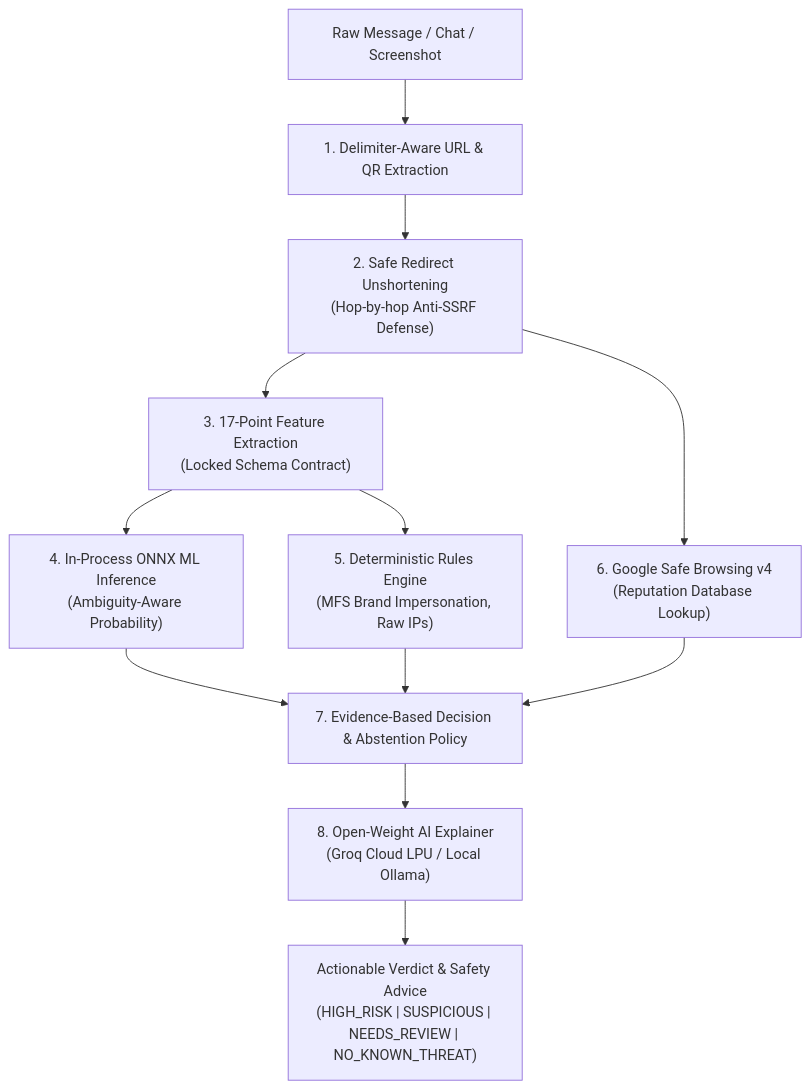
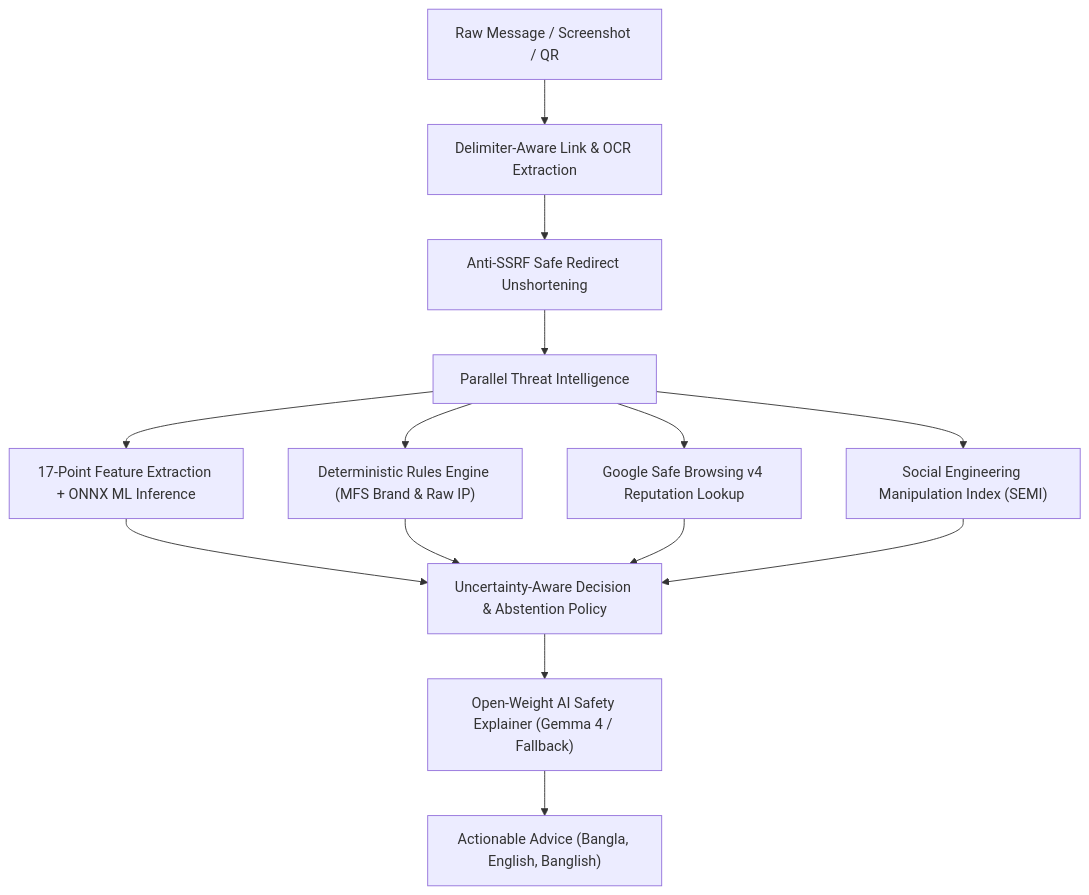
One commit to Pranto210102/friend-shield changed the diagram in README.md. Above: the diagram before and after it, drawn with Mermaid. The commit also changed other lines of this file and 6 other files, not shown here.

Commit message:
feat: implement progressive safety architecture and async Gemma 4 explanation

````diff
--- a/README.md
+++ b/README.md
@@ -57,14 +74,16 @@
 ```mermaid
 flowchart TD
-    A["Raw Message / Chat / Screenshot"] --> B["1. Delimiter-Aware URL & QR Extraction"]
-    B --> C["2. Safe Redirect Unshortening\n(Hop-by-hop Anti-SSRF Defense)"]
-    C --> D["3. 17-Point Feature Extraction\n(Locked Schema Contract)"]
-    D --> E["4. In-Process ONNX ML Inference\n(Ambiguity-Aware Probability)"]
-    D --> F["5. Deterministic Rules Engine\n(MFS Brand Impersonation, Raw IPs)"]
-    C --> G["6. Google Safe Browsing v4\n(Reputation Database Lookup)"]
-    E --> H["7. Evidence-Based Decision & Abstention Policy"]
-    F --> H
-    G --> H
-    H --> I["8. Open-Weight AI Explainer\n(Groq Cloud LPU / Local Ollama)"]
-    I --> J["Actionable Verdict & Safety Advice\n(HIGH_RISK | SUSPICIOUS | NEEDS_REVIEW | NO_KNOWN_THREAT)"]
+    A["Raw Message / Screenshot / QR"] --> B["Delimiter-Aware Link & OCR Extraction"]
+    B --> C["Anti-SSRF Safe Redirect Unshortening"]
+    C --> D["Parallel Threat Intelligence"]
+    D --> D1["17-Point Feature Extraction + ONNX ML Inference"]
+    D --> D2["Deterministic Rules Engine (MFS Brand & Raw IP)"]
+    D --> D3["Google Safe Browsing v4 Reputation Lookup"]
+    D --> D4["Social Engineering Manipulation Index (SEMI)"]
+    D1 --> E["Uncertainty-Aware Decision & Abstention Policy"]
+    D2 --> E
+    D3 --> E
+    D4 --> E
+    E --> F["Open-Weight AI Safety Explainer (Gemma 4 / Fallback)"]
+    F --> G["Actionable Advice (Bangla, English, Banglish)"]
 ```
````
